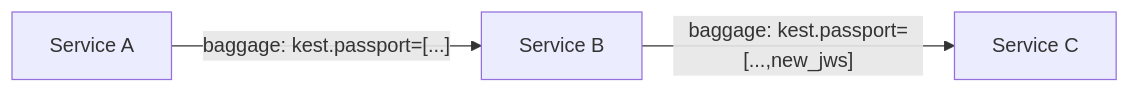
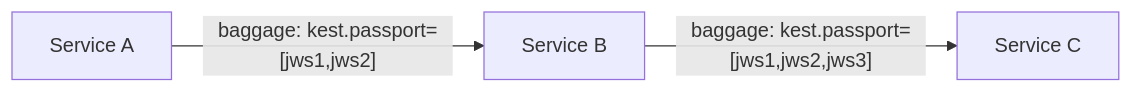
One commit to eterna2/kest changed the seventh of 7 diagrams in website/content/design/03_merkle_dag.md. Above: the diagram before and after it, drawn with Mermaid. The commit also changed other lines of this file and 95 other files, not shown here.

````diff
--- a/website/content/design/03_merkle_dag.md
+++ b/website/content/design/03_merkle_dag.md
@@ -125,5 +254,5 @@
 ```mermaid
 graph LR
-    A["Service A"] -->|"baggage: kest.passport=[...]"| B["Service B"]
-    B -->|"baggage: kest.passport=[...,new_jws]"| C["Service C"]
+    A["Service A"] -->|"baggage: kest.passport=[jws1,jws2]"| B["Service B"]
+    B -->|"baggage: kest.passport=[jws1,jws2,jws3]"| C["Service C"]
 ```
````
